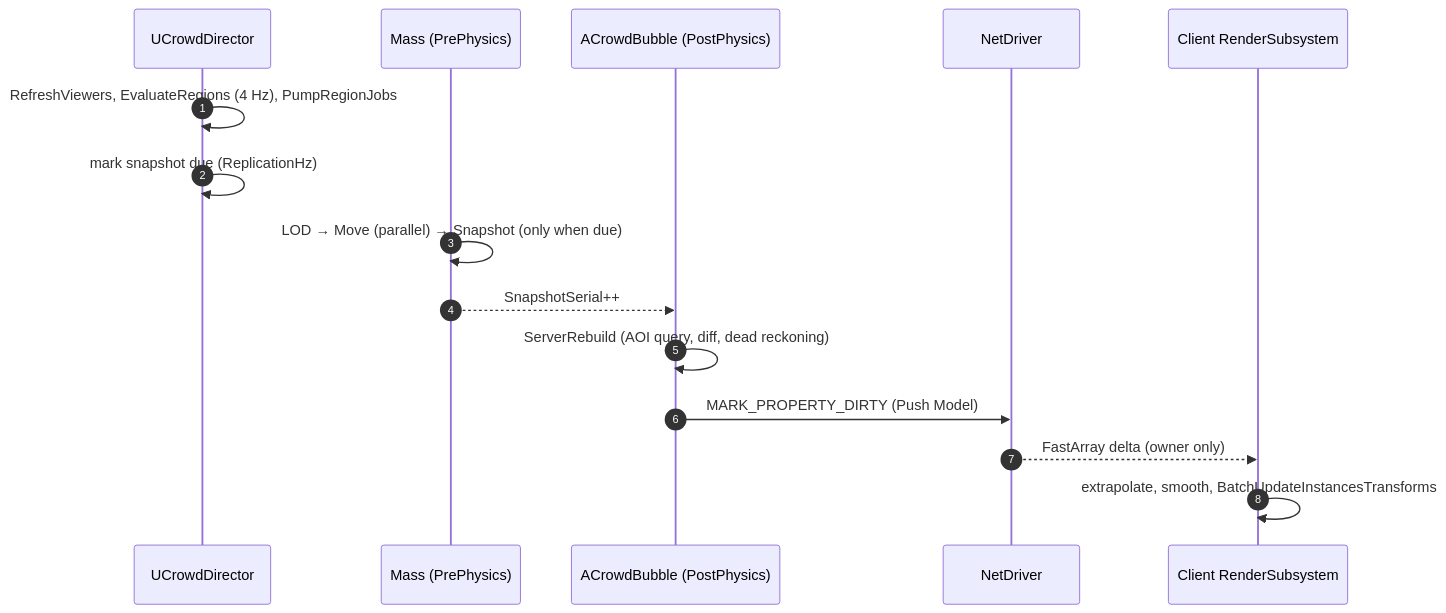
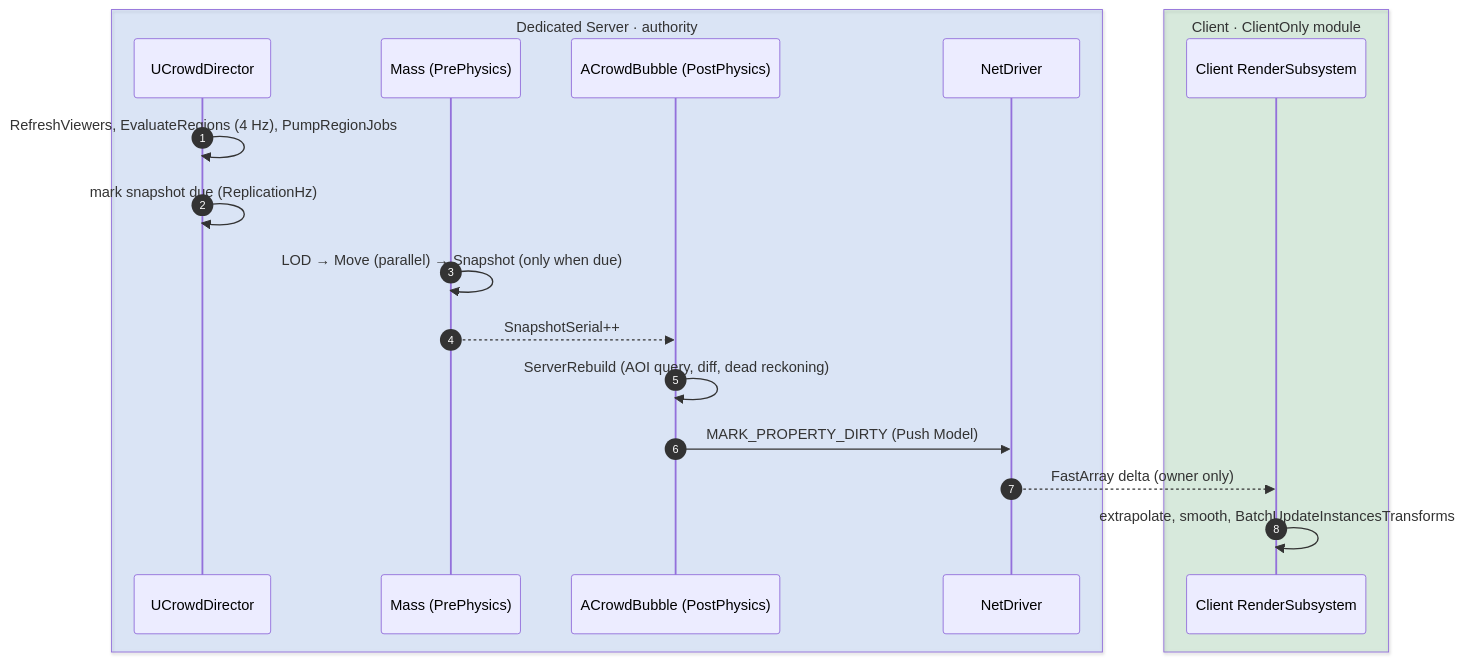
One commit to woodsshin/GameServer changed the second of 3 diagrams in MassBubble/README_EN.md. Above: the diagram before and after it, drawn with Mermaid. The commit also changed other lines of this file and 1 other file, not shown here.

````diff
--- a/MassBubble/README_EN.md
+++ b/MassBubble/README_EN.md
@@ -90,18 +96,22 @@
 ```mermaid
 sequenceDiagram
     autonumber
+    box rgba(66,133,244,0.15) Dedicated Server · authority
     participant D as UCrowdDirector
     participant M as Mass (PrePhysics)
     participant B as ACrowdBubble (PostPhysics)
     participant N as NetDriver
+    end
+    box rgba(52,168,83,0.15) Client · ClientOnly module
     participant C as Client RenderSubsystem
+    end
 
     D->>D: RefreshViewers, EvaluateRegions (4 Hz), PumpRegionJobs
     D->>D: mark snapshot due (ReplicationHz)
     M->>M: LOD → Move (parallel) → Snapshot (only when due)
     M-->>B: SnapshotSerial++
     B->>B: ServerRebuild (AOI query, diff, dead reckoning)
     B->>N: MARK_PROPERTY_DIRTY (Push Model)
     N-->>C: FastArray delta (owner only)
     C->>C: extrapolate, smooth, BatchUpdateInstancesTransforms
 ```
````
